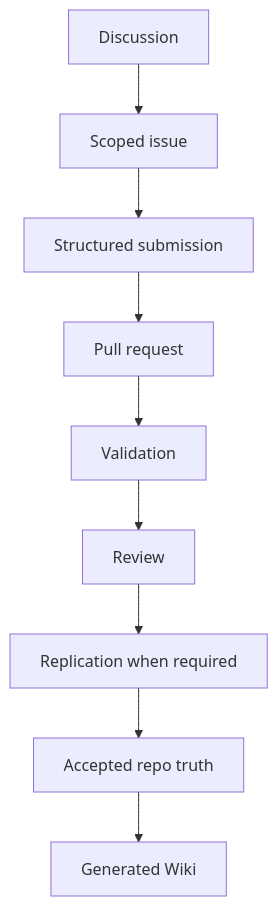
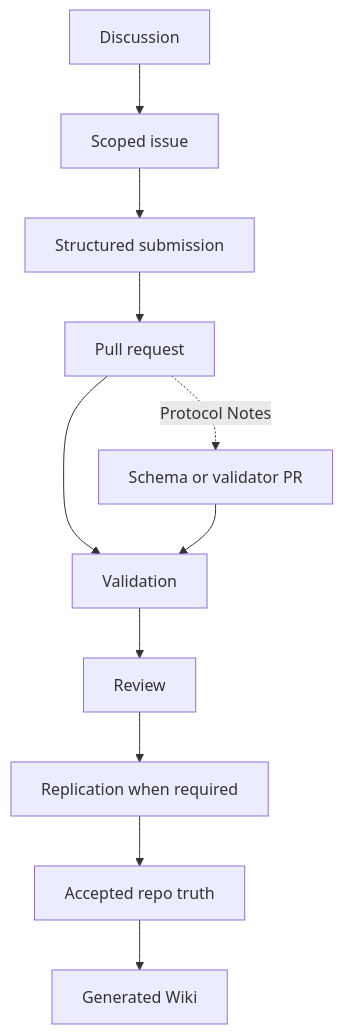
Before and after one commit to Open-Problem-Lab/open-problem-lab: the first of 3 diagrams in AGENTS.md, drawn with Mermaid. The commit also changed other lines of this file and 1 other file, not shown here.

First line of the commit message:
docs: upgrade AGENTS.md and SKILL.md for self-improving protocol

````diff
--- a/AGENTS.md
+++ b/AGENTS.md
@@ -33,11 +103,13 @@
 ```mermaid
 flowchart TD
   A["Discussion"] --> B["Scoped issue"]
   B --> C["Structured submission"]
   C --> D["Pull request"]
   D --> E["Validation"]
   E --> F["Review"]
   F --> G["Replication when required"]
   G --> H["Accepted repo truth"]
   H --> I["Generated Wiki"]
+  D -. "Protocol Notes" .-> J["Schema or validator PR"]
+  J --> E
 ```
````
